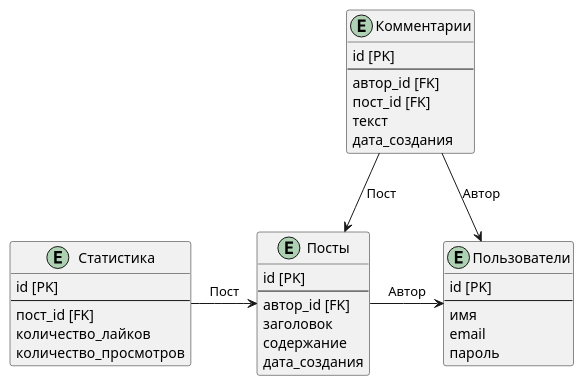
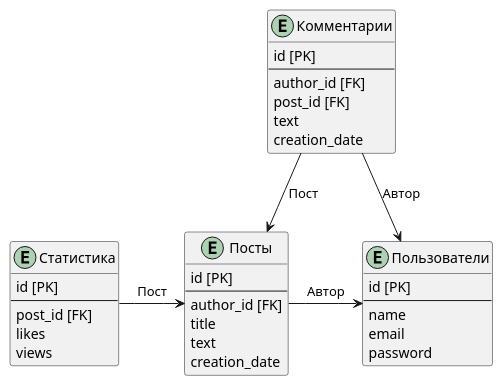
One commit to egobars/soa-Egor-Molchan-2024 changed the diagram in doc/entities.puml. Above: the diagram before and after it, drawn with PlantUML. The commit also changed 2 other files, not shown here.

```diff
--- a/doc/entities.puml
+++ b/doc/entities.puml
@@ -1,40 +1,40 @@
 @startuml entities
 entity "Пользователи" as Users {
   id [PK]
   --
-  имя
+  name
   email
-  пароль
+  password
 }
 
 entity "Посты" as Posts {
   id [PK]
   --
-  автор_id [FK]
-  заголовок
-  содержание
-  дата_создания
+  author_id [FK]
+  title
+  text
+  creation_date
 }
 
 entity "Комментарии" as Comments {
   id [PK]
   --
-  автор_id [FK]
-  пост_id [FK]
-  текст
-  дата_создания
+  author_id [FK]
+  post_id [FK]
+  text
+  creation_date
 }
 
 entity "Статистика" as Stats {
   id [PK]
   --
-  пост_id [FK]
-  количество_лайков
-  количество_просмотров
+  post_id [FK]
+  likes
+  views
 }
 
 Posts -> Users : Автор
 Comments --> Posts : Пост
 Comments --> Users: Автор
 Stats -> Posts : Пост
 @enduml
```
